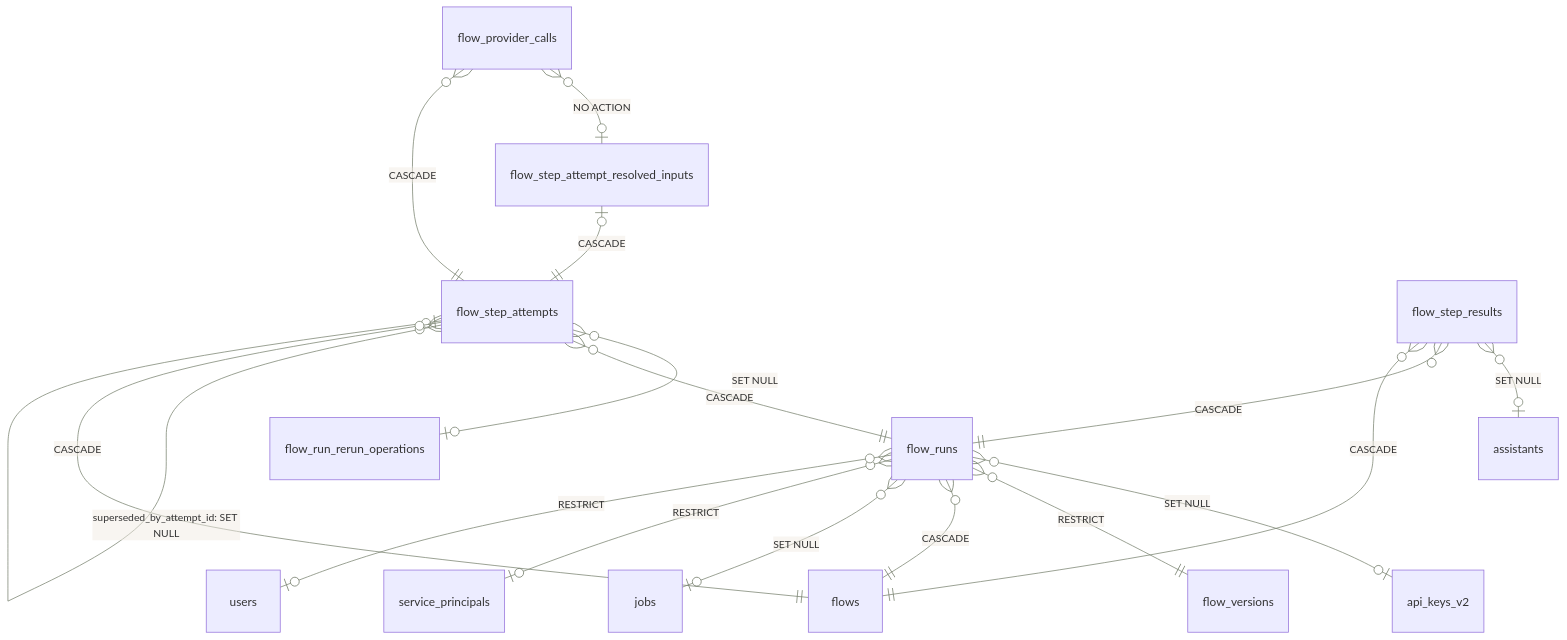
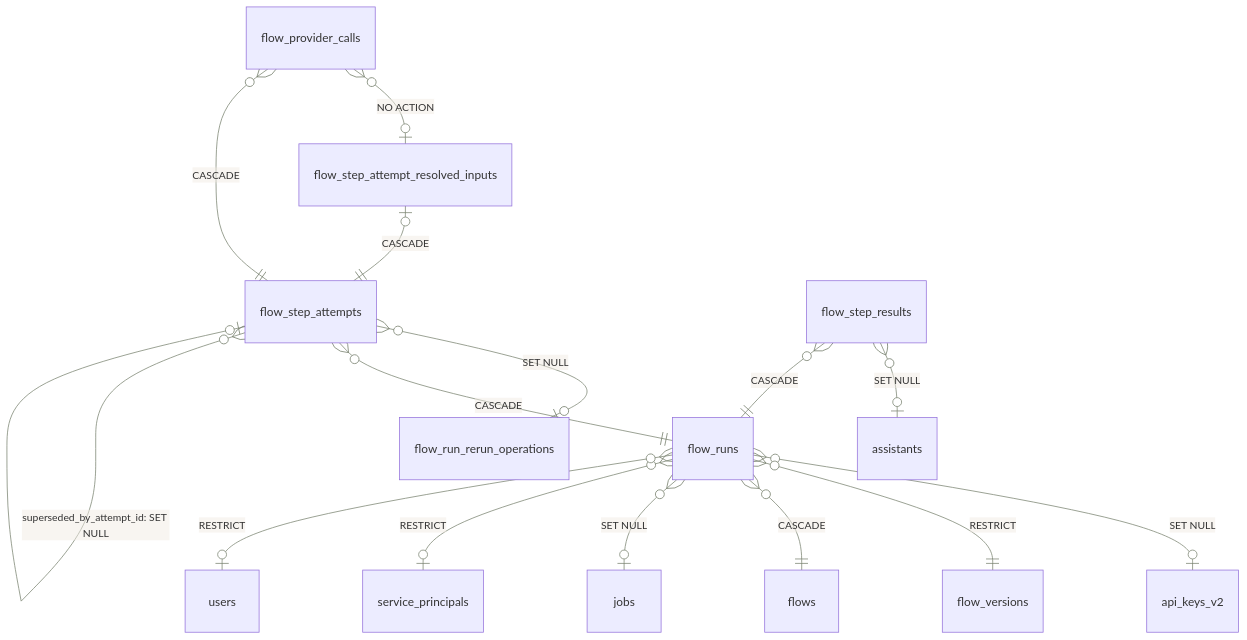
One commit to eneo-ai/eneo changed the third of 7 diagrams in frontend/apps/docs-site/src/content/docs/flows-for-developers/data-schema.mdx. Above: the diagram before and after it, drawn with Mermaid. The commit also changed other lines of this file and 7 other files, not shown here.

First line of the commit message:
Thin the schema diagrams further and bundle the Flows docs for agents

````diff
--- a/frontend/apps/docs-site/src/content/docs/flows-for-developers/data-schema.mdx
+++ b/frontend/apps/docs-site/src/content/docs/flows-for-developers/data-schema.mdx
@@ -195,21 +195,19 @@
 ```mermaid
 %%{init: {"themeVariables": {"background": "#f8f6f0", "primaryColor": "#e8ded1", "primaryTextColor": "#242620", "primaryBorderColor": "#6f7b5d", "secondaryColor": "#d7e0d2", "tertiaryColor": "#f1ece4", "lineColor": "#78816f", "edgeLabelBackground": "#f8f6f0", "clusterBkg": "#f4efe7", "clusterBorder": "#9a8a73", "fontFamily": "Inter, ui-sans-serif, system-ui, sans-serif"}}}%%
 erDiagram
   flow_provider_calls }o--o| flow_step_attempt_resolved_inputs : "NO ACTION"
   flow_provider_calls }o--|| flow_step_attempts : "CASCADE"
   flow_runs }o--o| api_keys_v2 : "SET NULL"
   flow_runs }o--|| flow_versions : "RESTRICT"
   flow_runs }o--|| flows : "CASCADE"
   flow_runs }o--o| jobs : "SET NULL"
   flow_runs }o--o| service_principals : "RESTRICT"
   flow_runs }o--o| users : "RESTRICT"
   flow_step_attempt_resolved_inputs |o--|| flow_step_attempts : "CASCADE"
   flow_step_attempts }o--o| flow_run_rerun_operations : "SET NULL"
   flow_step_attempts }o--|| flow_runs : "CASCADE"
   flow_step_attempts }o--o| flow_step_attempts : "predecessor_attempt_id: SET NULL"
   flow_step_attempts }o--o| flow_step_attempts : "superseded_by_attempt_id: SET NULL"
-  flow_step_attempts }o--|| flows : "CASCADE"
   flow_step_results }o--o| assistants : "SET NULL"
   flow_step_results }o--|| flow_runs : "CASCADE"
-  flow_step_results }o--|| flows : "CASCADE"
 ```
````
